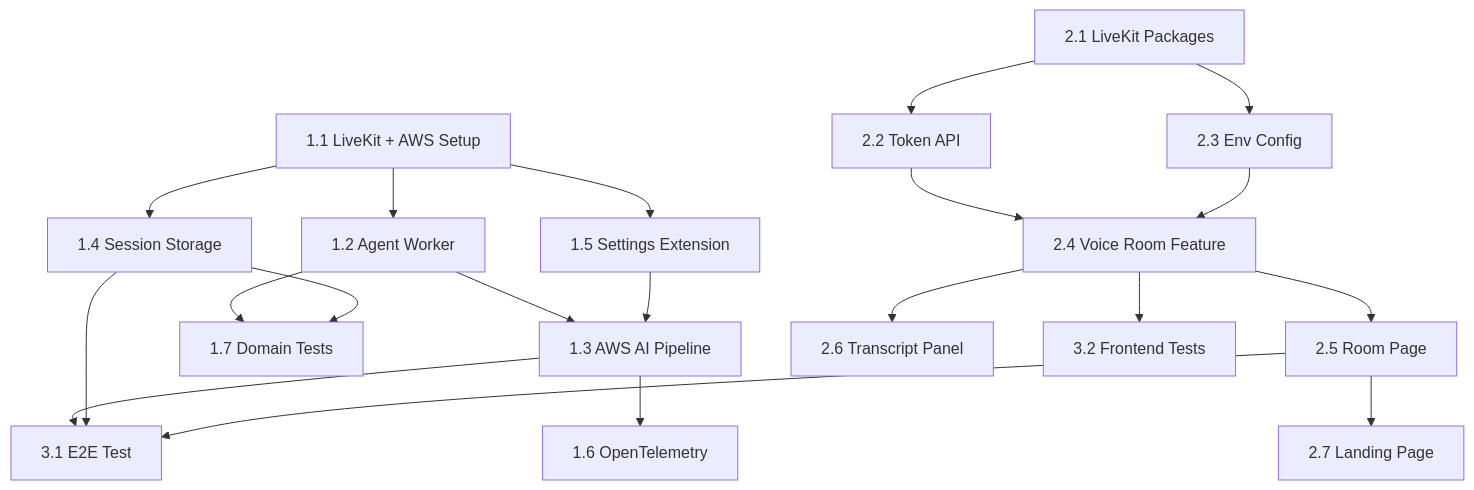
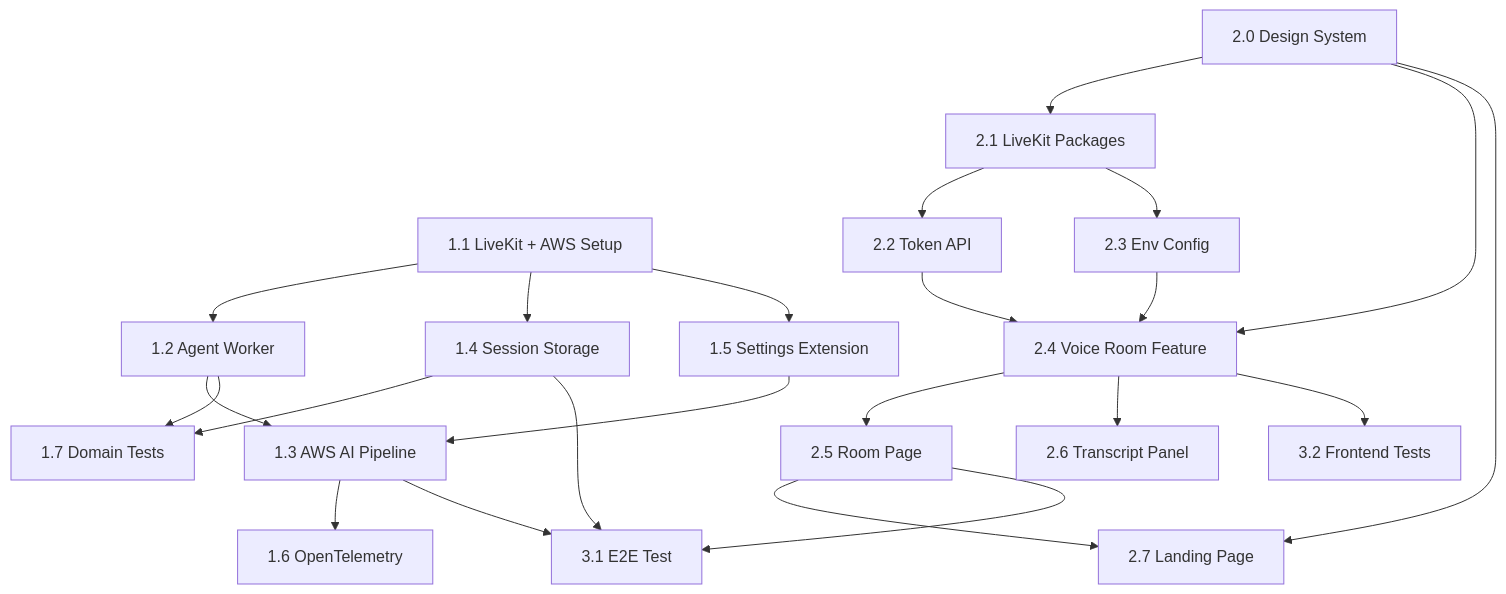
Before and after one commit to hszk-dev/echo-sphere: the diagram in docs/design/phase-1-implementation-plan.md, drawn with Mermaid. The commit also changed other lines of this file and 2 other files, not shown here.

First line of the commit message:
docs: add frontend design system and update Phase 1 implementation plan

````diff
--- a/docs/design/phase-1-implementation-plan.md
+++ b/docs/design/phase-1-implementation-plan.md
@@ -505,24 +552,27 @@
 ```mermaid
 graph TD
     A[1.1 LiveKit + AWS Setup] --> B[1.2 Agent Worker]
     B --> C[1.3 AWS AI Pipeline]
     A --> D[1.4 Session Storage]
     A --> E[1.5 Settings Extension]
     E --> C
     C --> F[1.6 OpenTelemetry]
     B --> G[1.7 Domain Tests]
     D --> G
 
-    H[2.1 LiveKit Packages] --> I[2.2 Token API]
+    DS[2.0 Design System] --> H[2.1 LiveKit Packages]
+    DS --> K[2.4 Voice Room Feature]
+    DS --> N[2.7 Landing Page]
+    H --> I[2.2 Token API]
     H --> J[2.3 Env Config]
-    I --> K[2.4 Voice Room Feature]
+    I --> K
     J --> K
     K --> L[2.5 Room Page]
     K --> M[2.6 Transcript Panel]
-    L --> N[2.7 Landing Page]
+    L --> N
 
     C --> O[3.1 E2E Test]
     D --> O
     L --> O
     K --> P[3.2 Frontend Tests]
 ```
````
